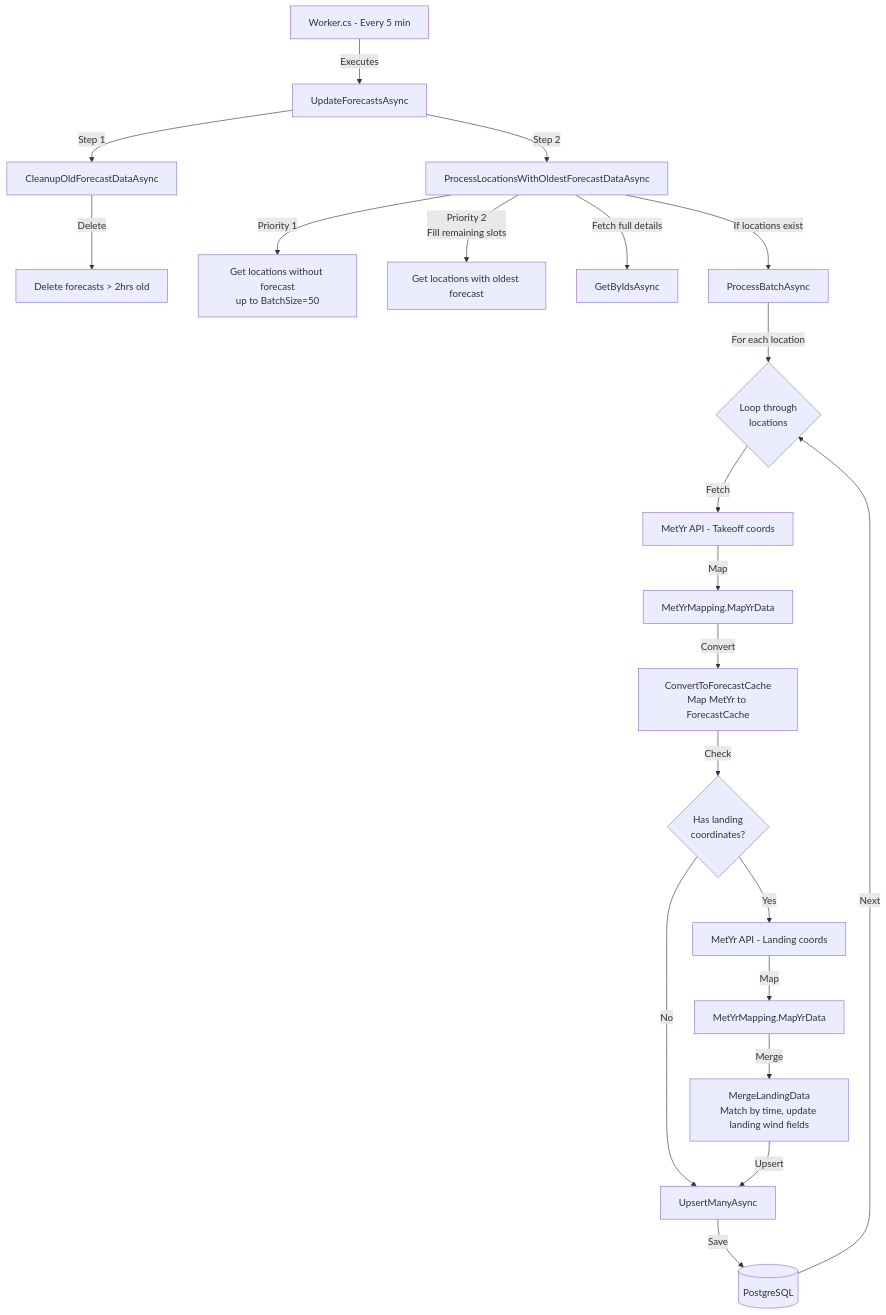
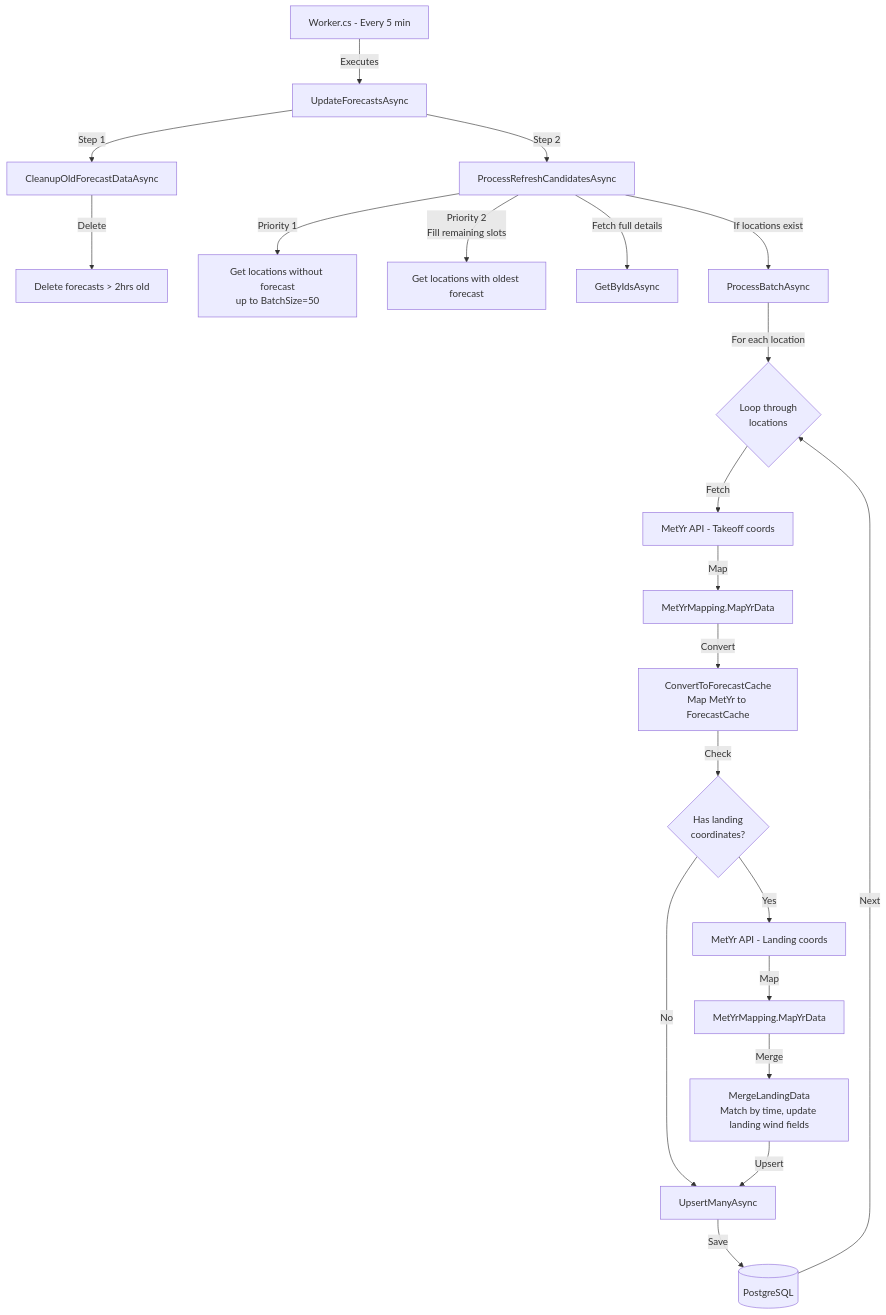
Before and after one commit to Frankwds/WindLordApi: the diagram in src/WindLordApi.Worker/FlowDiagrams/ForecastUpdateService.md, drawn with Mermaid. The commit also changed other lines of this file and 11 other files, not shown here.

First line of the commit message:
Write oldest and without forecast cache as internal queries.

````diff
--- a/src/WindLordApi.Worker/FlowDiagrams/ForecastUpdateService.md
+++ b/src/WindLordApi.Worker/FlowDiagrams/ForecastUpdateService.md
@@ -5,27 +5,27 @@
 ```mermaid
 flowchart TB
     Worker[Worker.cs - Every 5 min] -->|Executes| UpdateForecasts[UpdateForecastsAsync]
     UpdateForecasts -->|Step 1| Cleanup[CleanupOldForecastDataAsync]
     Cleanup -->|Delete| DeleteOld[Delete forecasts > 2hrs old]
 
-    UpdateForecasts -->|Step 2| ProcessLocations[ProcessLocationsWithOldestForecastDataAsync]
+   UpdateForecasts -->|Step 2| ProcessLocations[ProcessRefreshCandidatesAsync]
     ProcessLocations -->|Priority 1| NoForecast[Get locations without forecast<br/>up to BatchSize=50]
     ProcessLocations -->|Priority 2<br/>Fill remaining slots| OldForecast[Get locations with oldest forecast]
     ProcessLocations -->|Fetch full details| GetByIds[GetByIdsAsync]
     ProcessLocations -->|If locations exist| ProcessBatch[ProcessBatchAsync]
 
     ProcessBatch -->|For each location| Loop{Loop through<br/>locations}
     Loop -->|Fetch| MetYrTakeoff[MetYr API - Takeoff coords]
     MetYrTakeoff -->|Map| MapYrTakeoff[MetYrMapping.MapYrData]
     MapYrTakeoff -->|Convert| Convert[ConvertToForecastCache<br/>Map MetYr to ForecastCache]
 
     Convert -->|Check| HasLanding{Has landing<br/>coordinates?}
     HasLanding -->|Yes| MetYrLanding[MetYr API - Landing coords]
     MetYrLanding -->|Map| MapYrLanding[MetYrMapping.MapYrData]
     MapYrLanding -->|Merge| MergeLanding[MergeLandingData<br/>Match by time, update landing wind fields]
 
     HasLanding -->|No| Upsert[UpsertManyAsync]
     MergeLanding -->|Upsert| Upsert
     Upsert -->|Save| DB[(PostgreSQL)]
     DB -->|Next| Loop
 ```
````
